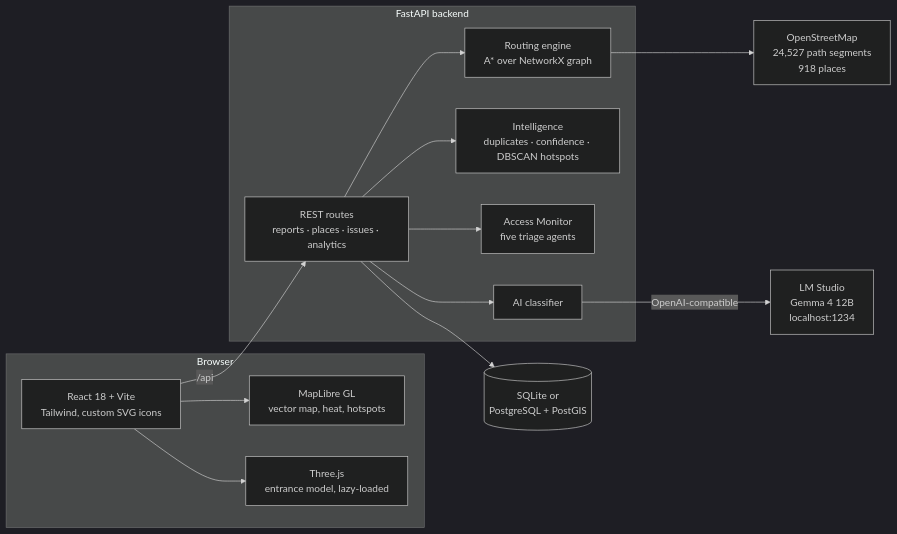
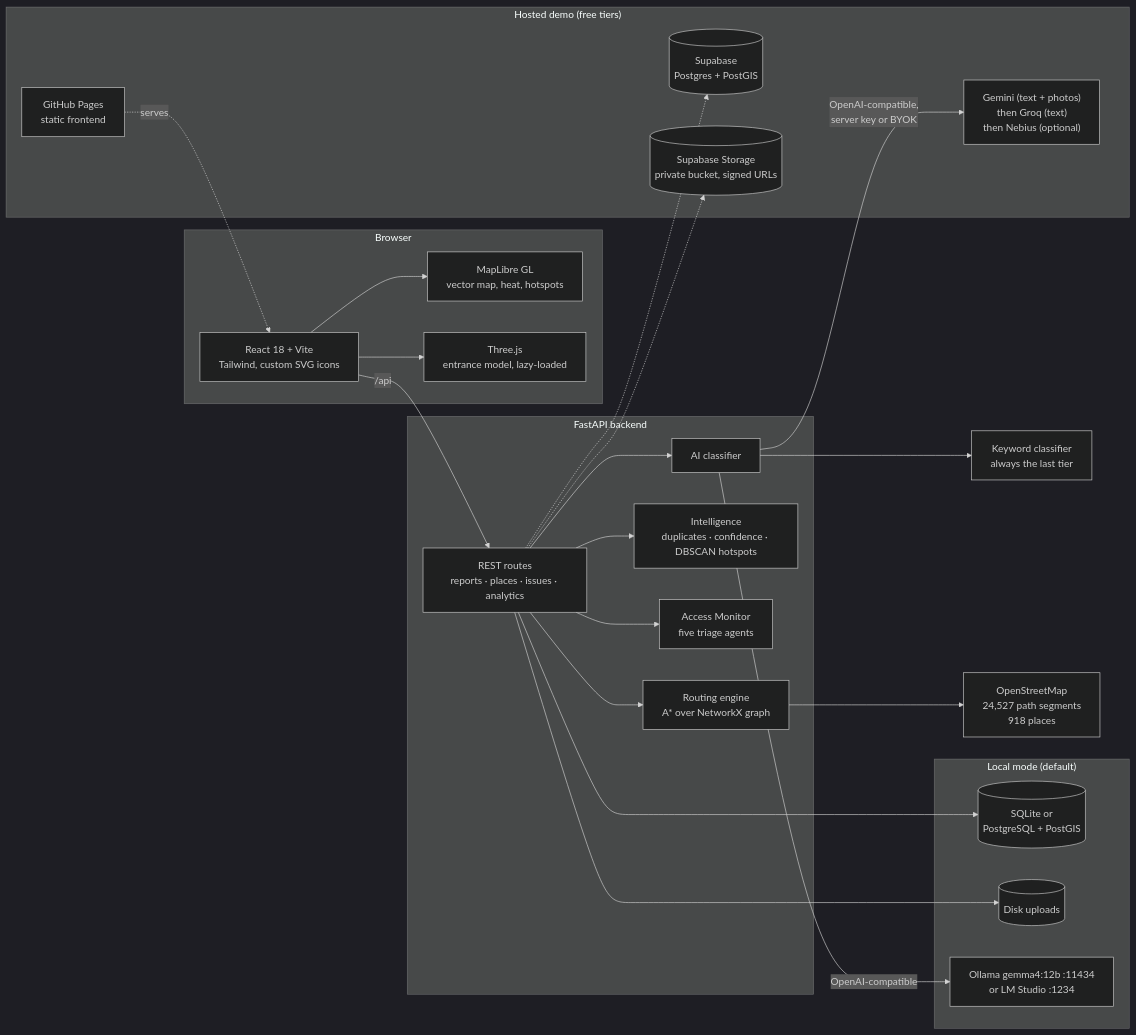
One commit to Sonesh-2202/Access-Signal changed the diagram in README.md. Above: the diagram before and after it, drawn with Mermaid (dark theme). The commit also changed other lines of this file and 4 other files, not shown here.

First line of the commit message:
docs: DEPLOYMENT.md, README architecture and Local AI, PROJECT_STATUS refresh

````diff
--- a/README.md
+++ b/README.md
@@ -103,31 +103,49 @@
 ```mermaid
 flowchart LR
     subgraph Browser["Browser"]
         UI["React 18 + Vite<br/>Tailwind, custom SVG icons"]
         Map["MapLibre GL<br/>vector map, heat, hotspots"]
         Three["Three.js<br/>entrance model, lazy-loaded"]
     end
 
     subgraph API["FastAPI backend"]
         Routes["REST routes<br/>reports · places · issues · analytics"]
         Route["Routing engine<br/>A* over NetworkX graph"]
         Intel["Intelligence<br/>duplicates · confidence · DBSCAN hotspots"]
         Agents["Access Monitor<br/>five triage agents"]
         AI["AI classifier"]
     end
 
-    DB[("SQLite or<br/>PostgreSQL + PostGIS")]
-    LM["LM Studio<br/>Gemma 4 12B<br/>localhost:1234"]
+    subgraph Local["Local mode (default)"]
+        DB[("SQLite or<br/>PostgreSQL + PostGIS")]
+        Disk[("Disk uploads")]
+        LM["Ollama gemma4:12b :11434<br/>or LM Studio :1234"]
+    end
+
+    subgraph Hosted["Hosted demo (free tiers)"]
+        Pages["GitHub Pages<br/>static frontend"]
+        Supa[("Supabase<br/>Postgres + PostGIS")]
+        Bucket[("Supabase Storage<br/>private bucket, signed URLs")]
+        Cloud["Gemini (text + photos)<br/>then Groq (text)<br/>then Nebius (optional)"]
+    end
+
+    KW["Keyword classifier<br/>always the last tier"]
     OSM["OpenStreetMap<br/>24,527 path segments<br/>918 places"]
 
     UI --> Map
     UI --> Three
     UI -- "/api" --> Routes
+    Pages -. "serves" .-> UI
     Routes --> Route
     Routes --> Intel
     Routes --> Agents
     Routes --> AI
     AI -- "OpenAI-compatible" --> LM
+    AI -- "OpenAI-compatible,<br/>server key or BYOK" --> Cloud
+    AI --> KW
     Routes --> DB
+    Routes --> Disk
+    Routes -.-> Supa
+    Routes -.-> Bucket
     Route --> OSM
 ```
````
